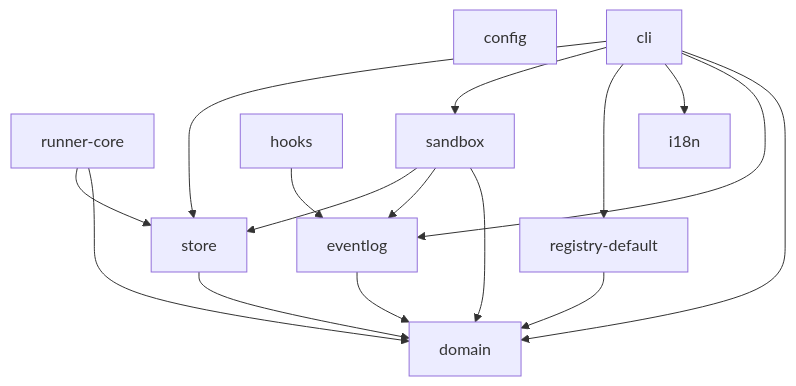
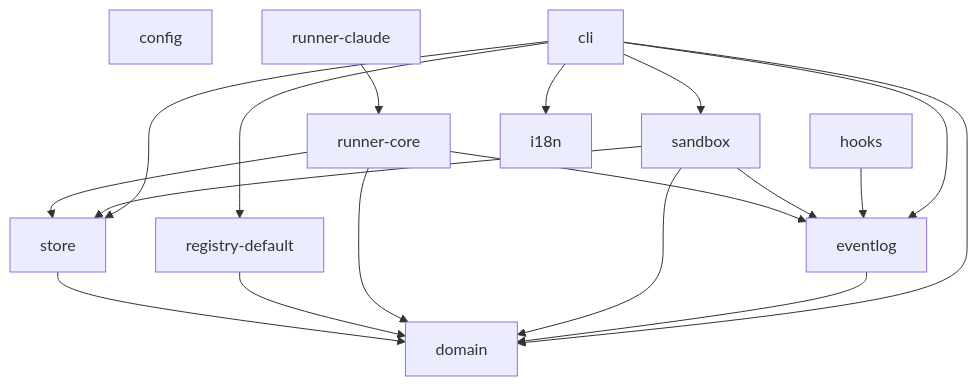
One commit to thap-nv/the-world-of-elvaria changed the diagram in docs/dependency-graph.md. Above: the diagram before and after it, drawn with Mermaid. The commit also changed other lines of this file and 44 other files, not shown here.

````diff
--- a/docs/dependency-graph.md
+++ b/docs/dependency-graph.md
@@ -7,28 +7,31 @@
 ```mermaid
 flowchart TD
   config["config"]
   domain["domain"]
   store["store"]
   registry_default["registry-default"]
   runner_core["runner-core"]
+  runner_claude["runner-claude"]
   sandbox["sandbox"]
   eventlog["eventlog"]
   hooks["hooks"]
   i18n["i18n"]
   cli["cli"]
   store --> domain
   registry_default --> domain
   runner_core --> domain
+  runner_core --> eventlog
   runner_core --> store
+  runner_claude --> runner_core
   sandbox --> domain
   sandbox --> eventlog
   sandbox --> store
   eventlog --> domain
   hooks --> eventlog
   cli --> domain
   cli --> eventlog
   cli --> i18n
   cli --> registry_default
   cli --> sandbox
   cli --> store
 ```
````
